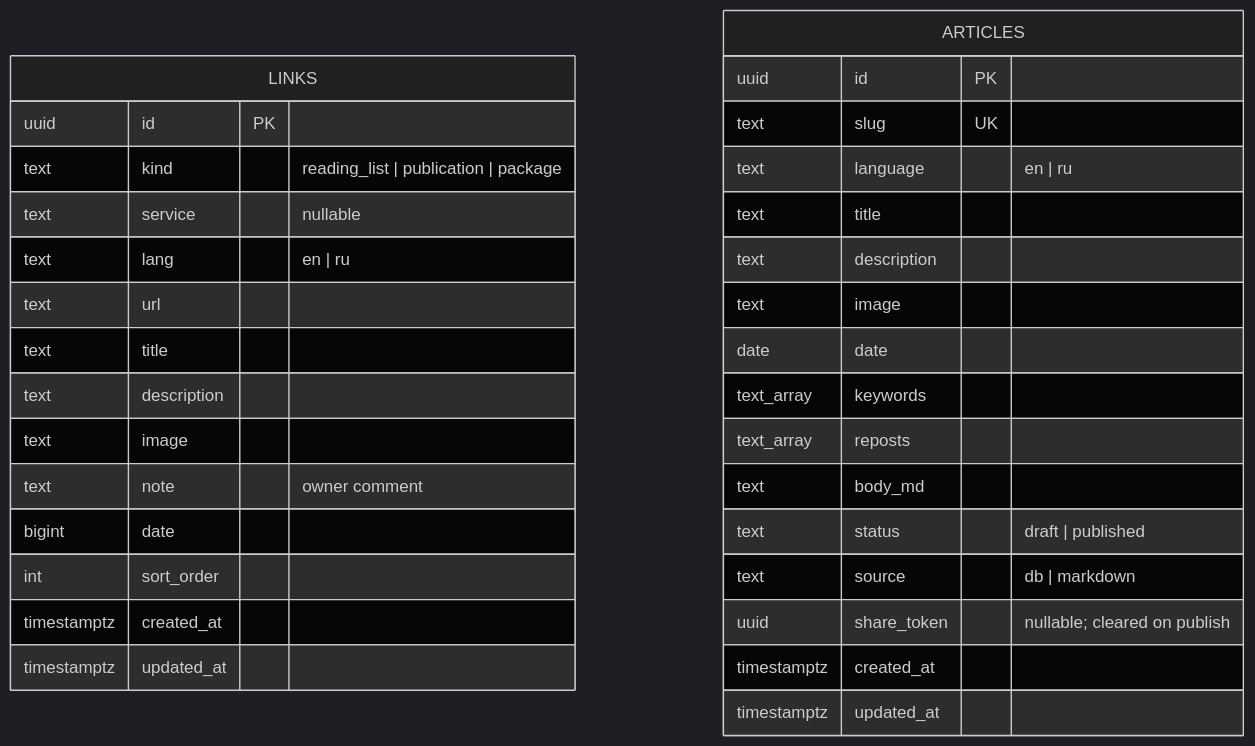
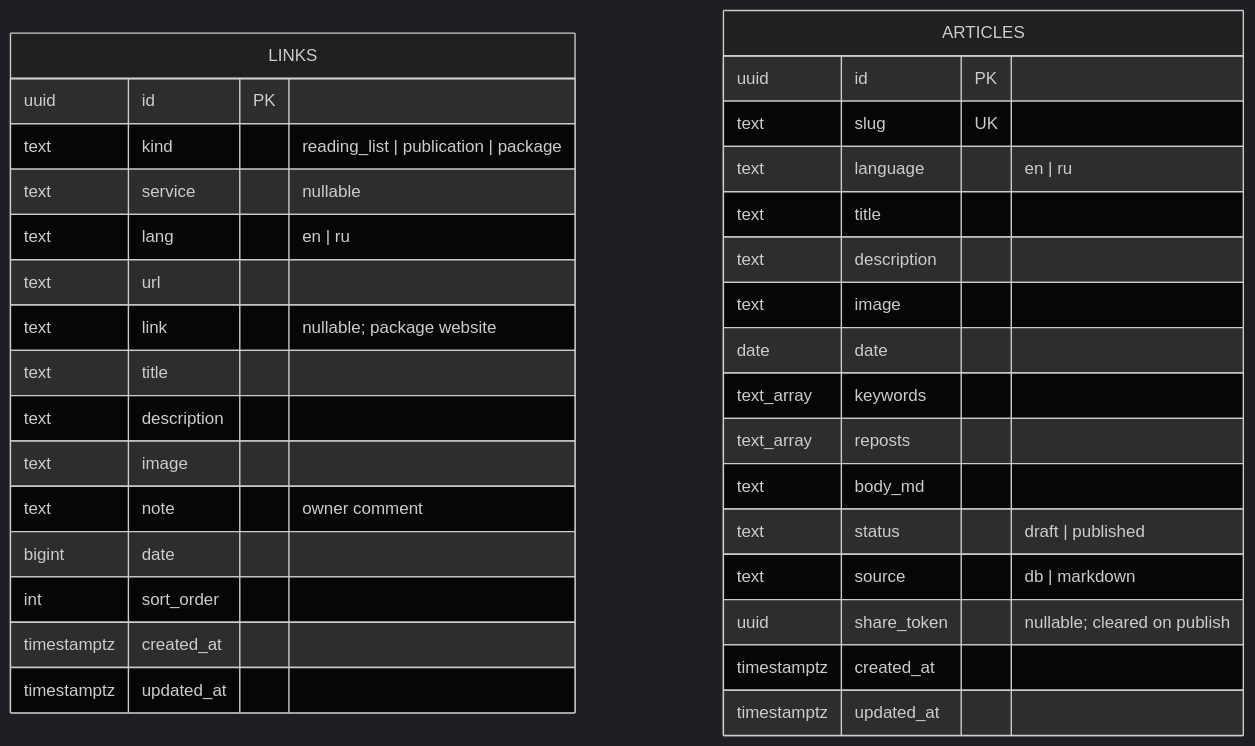
One commit to n0th1ng-else/n0th1ng-else.github.io changed the first of 2 diagrams in docs/0001-content-runtime-postgres.md. Above: the diagram before and after it, drawn with Mermaid (dark theme). The commit also changed 8 other files, not shown here.

First line of the commit message:
feat(packages): website link column + seed normalization; fix desc truncation

````diff
--- a/docs/0001-content-runtime-postgres.md
+++ b/docs/0001-content-runtime-postgres.md
@@ -26,35 +26,36 @@
 ```mermaid
 erDiagram
   LINKS {
     uuid id PK
     text kind "reading_list | publication | package"
     text service "nullable"
     text lang "en | ru"
     text url
+    text link "nullable; package website"
     text title
     text description
     text image
     text note "owner comment"
     bigint date
     int sort_order
     timestamptz created_at
     timestamptz updated_at
   }
   ARTICLES {
     uuid id PK
     text slug UK
     text language "en | ru"
     text title
     text description
     text image
     date date
     text_array keywords
     text_array reposts
     text body_md
     text status "draft | published"
     text source "db | markdown"
     uuid share_token "nullable; cleared on publish"
     timestamptz created_at
     timestamptz updated_at
   }
 ```
````
